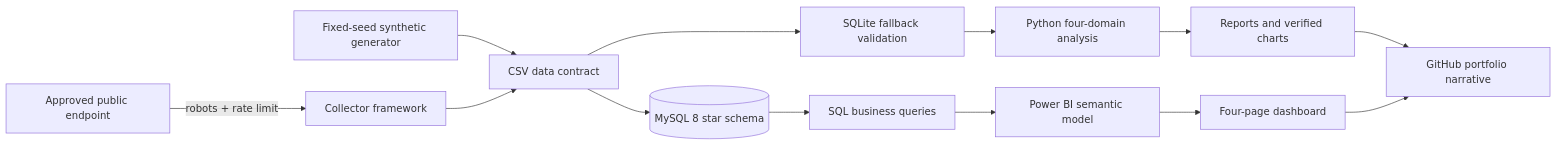
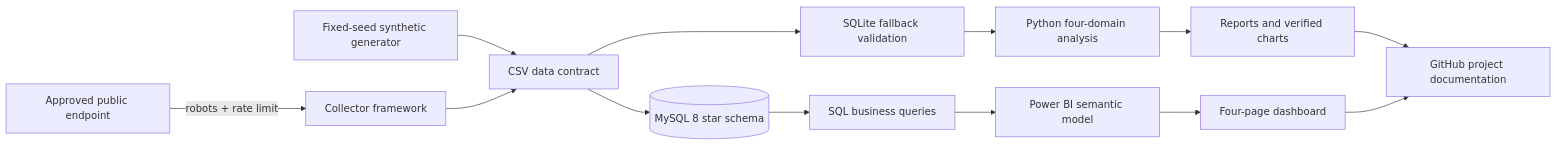
One commit to duerm85-cell/Ecommerce-Operations-Analytics-Assistant changed the diagram in docs/architecture.md. Above: the diagram before and after it, drawn with Mermaid. The commit also changed other lines of this file and 129 other files, not shown here.

````diff
--- a/docs/architecture.md
+++ b/docs/architecture.md
@@ -3,15 +3,15 @@
 ```mermaid
 flowchart LR
   A[Approved public endpoint] -->|robots + rate limit| B[Collector framework]
   S[Fixed-seed synthetic generator] --> C[CSV data contract]
   B --> C
   C --> D[(MySQL 8 star schema)]
   C --> E[SQLite fallback validation]
   D --> F[SQL business queries]
   E --> G[Python four-domain analysis]
   F --> H[Power BI semantic model]
   G --> I[Reports and verified charts]
   H --> J[Four-page dashboard]
-  I --> K[GitHub portfolio narrative]
+  I --> K[GitHub project documentation]
   J --> K
 ```
````
